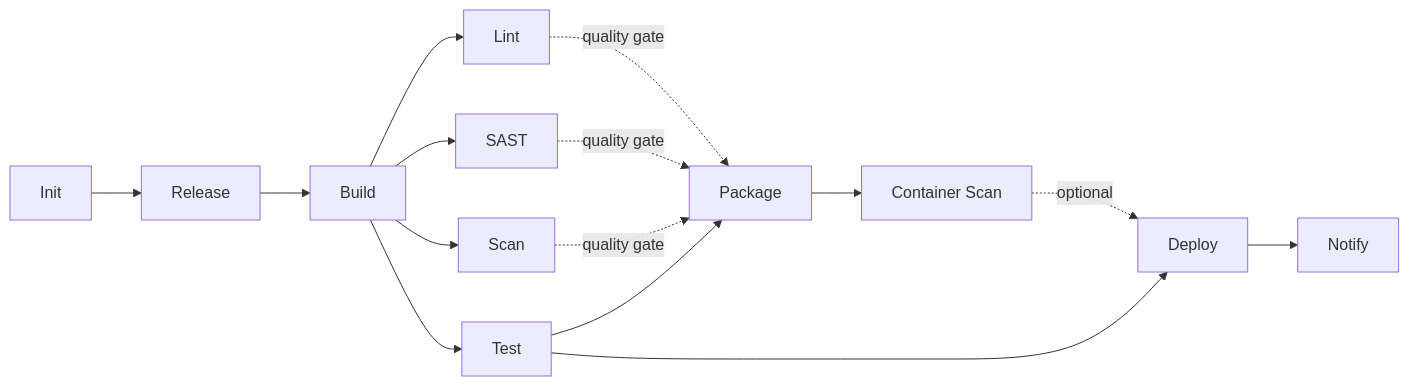
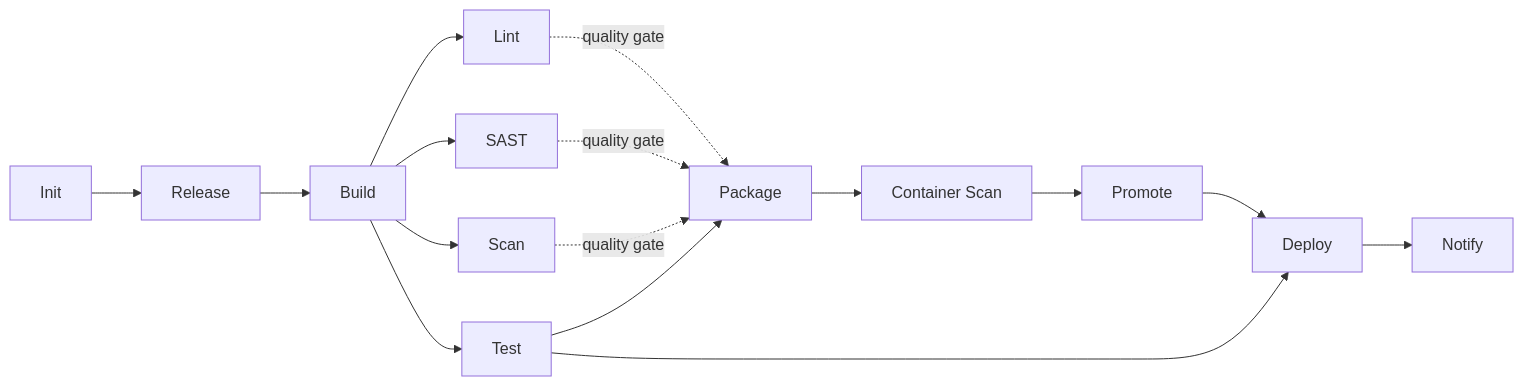
The diagram in docs/concepts/fixed-flow.md (getbrik/brik), drawn with Mermaid before and after one commit. The commit also changed other lines of this file and 33 other files, not shown here.

````diff
--- a/docs/concepts/fixed-flow.md
+++ b/docs/concepts/fixed-flow.md
@@ -10,17 +10,18 @@
 ```mermaid
 flowchart LR
     init["Init"] --> release["Release"]
     release --> build["Build"]
     build --> lint["Lint"]
     build --> sast["SAST"]
     build --> scan["Scan"]
     build --> test["Test"]
     lint -. quality gate .-> package["Package"]
     sast -. quality gate .-> package
     scan -. quality gate .-> package
     test --> package
     package --> cscan["Container Scan"]
-    test --> deploy["Deploy"]
-    cscan -. optional .-> deploy
+    cscan --> promote["Promote"]
+    promote --> deploy["Deploy"]
+    test --> deploy
     deploy --> notify["Notify"]
 ```
````
